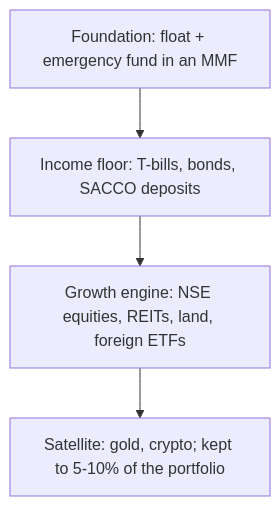
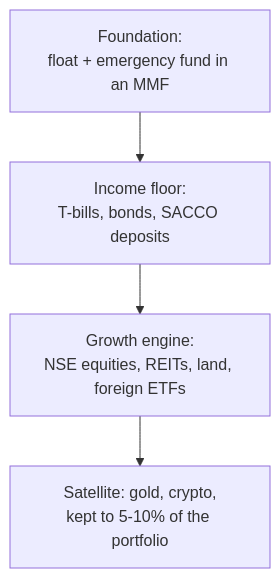
The diagram in Bengula-Jacob/content/investing/ultimate-guide-to-investing-in-kenya.md (bengula/BengulaLive), drawn with Mermaid before and after one commit. The commit also changed 12 other files, not shown here.

Commit message:
improved mermaid syntax

````diff
--- a/Bengula-Jacob/content/investing/ultimate-guide-to-investing-in-kenya.md
+++ b/Bengula-Jacob/content/investing/ultimate-guide-to-investing-in-kenya.md
@@ -78,6 +78,6 @@
 ```mermaid
 flowchart TD
-  A["Foundation: float + emergency fund in an MMF"] --> B["Income floor: T-bills, bonds, SACCO deposits"]
-  B --> C["Growth engine: NSE equities, REITs, land, foreign ETFs"]
-  C --> D["Satellite: gold, crypto; kept to 5-10% of the portfolio"]
+  A["Foundation:<br>float + emergency fund in an MMF"] --> B["Income floor:<br>T-bills, bonds, SACCO deposits"]
+  B --> C["Growth engine:<br>NSE equities, REITs, land, foreign ETFs"]
+  C --> D["Satellite: gold, crypto,<br>kept to 5-10% of the portfolio"]
 ```
````
